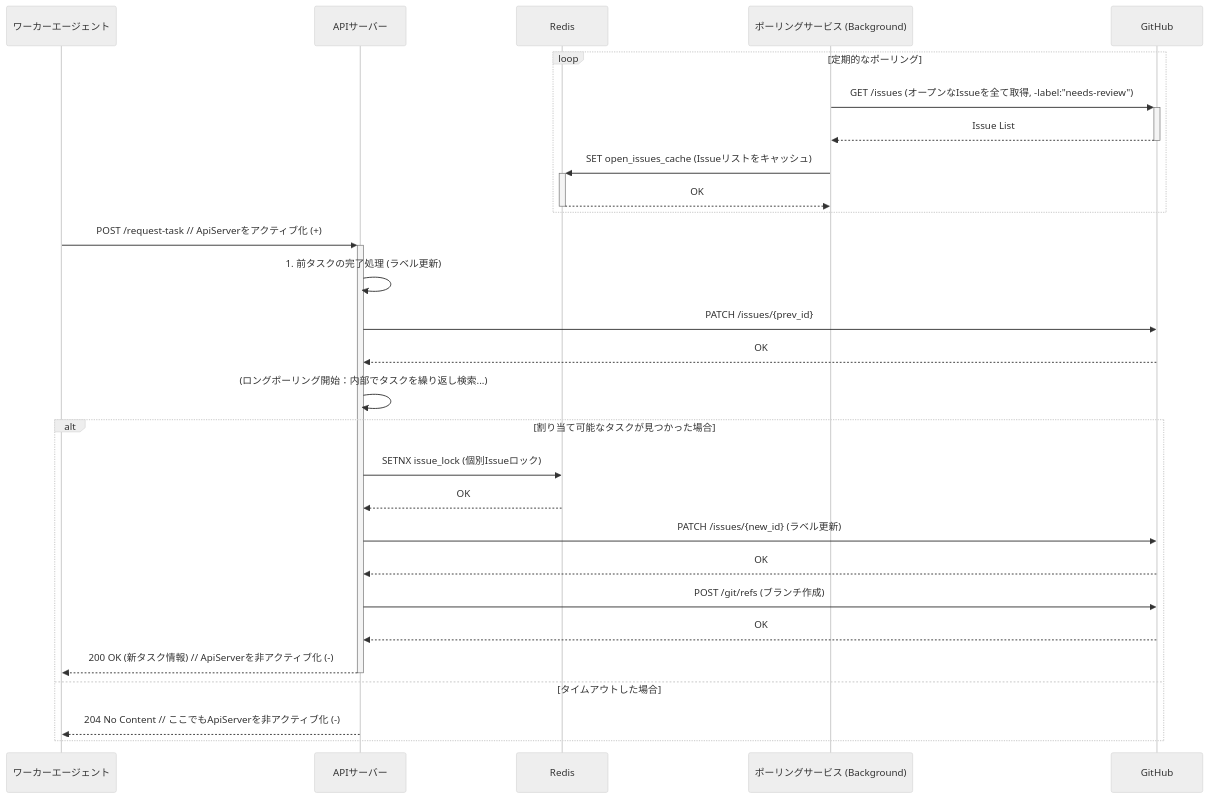
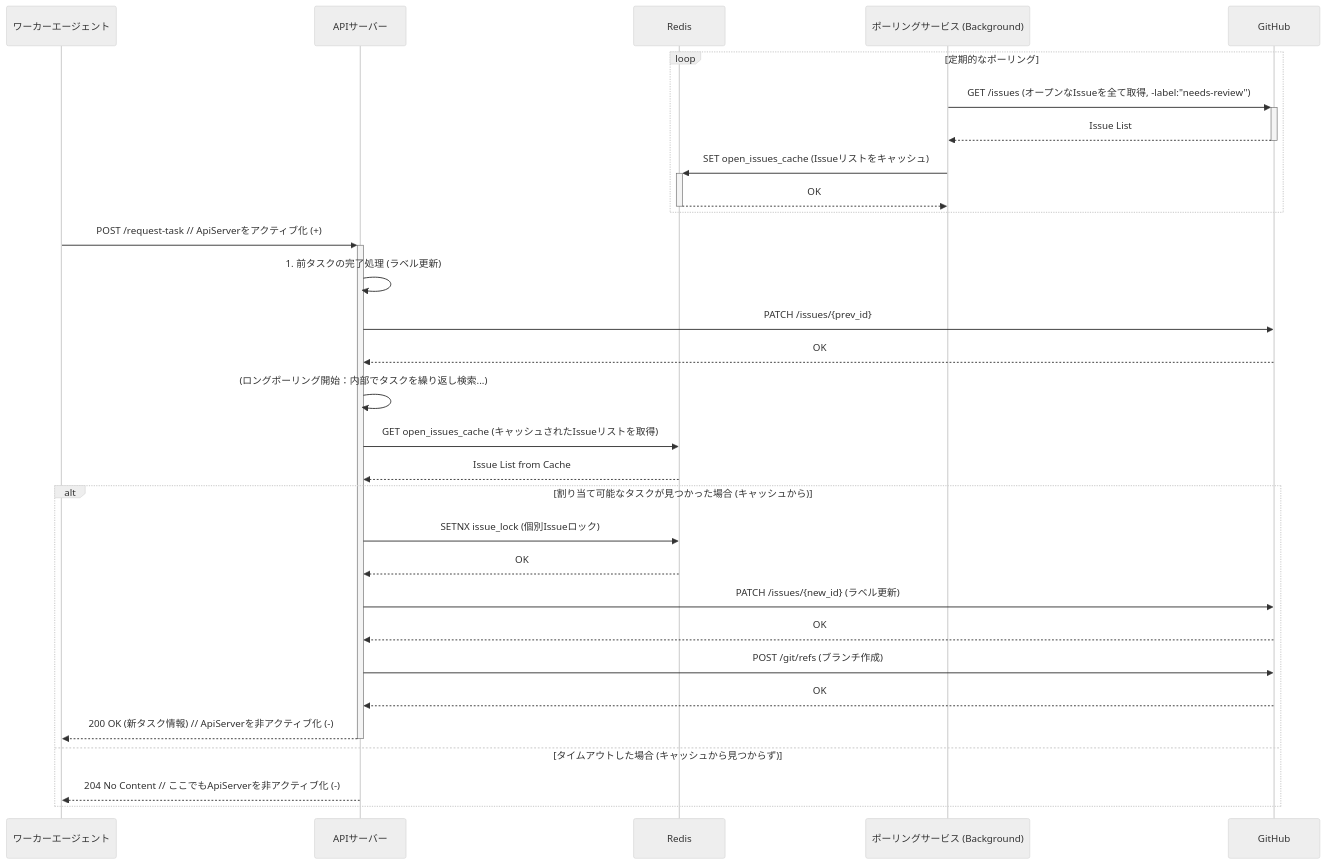
One commit to masa-codehub/github_broker changed the second of 2 diagrams in docs/architecture/system_context.md. Above: the diagram before and after it, drawn with Mermaid (neutral theme).

Commit message:
docs: Fix sequence diagram in system_context.md to reflect Redis cache usage

````diff
--- a/docs/architecture/system_context.md
+++ b/docs/architecture/system_context.md
@@ -176,34 +176,36 @@
 ```mermaid
 sequenceDiagram
     participant Worker as ワーカーエージェント
     participant ApiServer as APIサーバー
     participant Redis
     participant PollingService as ポーリングサービス (Background)
     participant GitHub
 
     loop 定期的なポーリング
         PollingService->>+GitHub: GET /issues (オープンなIssueを全て取得, -label:"needs-review")
         GitHub-->>-PollingService: Issue List
         PollingService->>+Redis: SET open_issues_cache (Issueリストをキャッシュ)
         Redis-->>-PollingService: OK
     end
 
     Worker->>+ApiServer: POST /request-task // ApiServerをアクティブ化 (+)
     ApiServer->>ApiServer: 1. 前タスクの完了処理 (ラベル更新)
     ApiServer->>GitHub: PATCH /issues/{prev_id}
     GitHub-->>ApiServer: OK
 
     ApiServer->>ApiServer: (ロングポーリング開始：内部でタスクを繰り返し検索...)
+    ApiServer->>Redis: GET open_issues_cache (キャッシュされたIssueリストを取得)
+    Redis-->>ApiServer: Issue List from Cache
 
-    alt 割り当て可能なタスクが見つかった場合
+    alt 割り当て可能なタスクが見つかった場合 (キャッシュから)
         ApiServer->>Redis: SETNX issue_lock (個別Issueロック)
         Redis-->>ApiServer: OK
         ApiServer->>GitHub: PATCH /issues/{new_id} (ラベル更新)
         GitHub-->>ApiServer: OK
         ApiServer->>GitHub: POST /git/refs (ブランチ作成)
         GitHub-->>ApiServer: OK
         ApiServer-->>-Worker: 200 OK (新タスク情報) // ApiServerを非アクティブ化 (-)
-    else タイムアウトした場合
+    else タイムアウトした場合 (キャッシュから見つからず)
         ApiServer-->>Worker: 204 No Content // ここでもApiServerを非アクティブ化 (-)
     end
 ```
````
